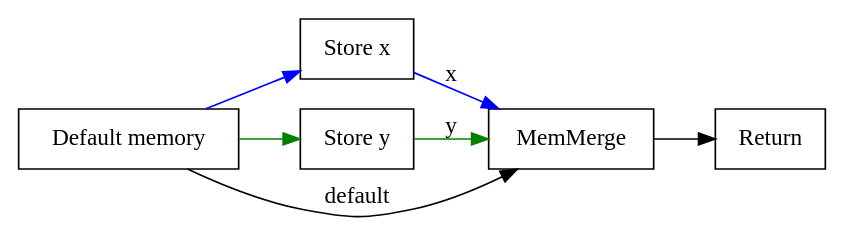
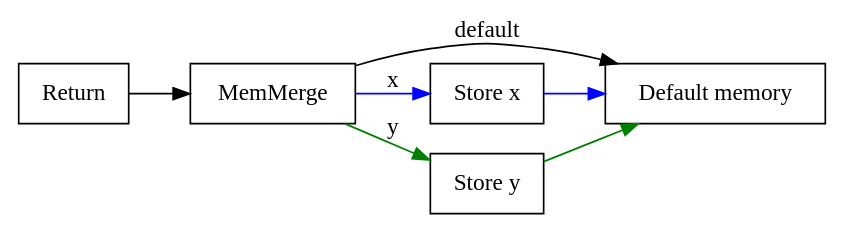
The diagram in chapter10b/docs/example2a.gv (SeaOfNodes/Simple), drawn with Graphviz before and after one commit. The commit also changed 17 other files, not shown here.

```diff
--- a/chapter10b/docs/example2a.gv
+++ b/chapter10b/docs/example2a.gv
@@ -1,10 +1,10 @@
 digraph Memory {
   rankdir=LR;
   node [shape=box];
   M [label="Default memory"];
   X [label="Store x"];
   Y [label="Store y"];
-  M -> X [color=blue]; M -> Y [color=green];
-  M -> MemMerge [label="default"]; X -> MemMerge [label="x",color=blue];
-  Y -> MemMerge [label="y",color=green]; MemMerge -> Return;
+  X -> M [color=blue]; Y -> M [color=green];
+  MemMerge -> M [label="default"]; MemMerge -> X [label="x",color=blue];
+  MemMerge -> Y [label="y",color=green]; Return -> MemMerge;
 }
```
